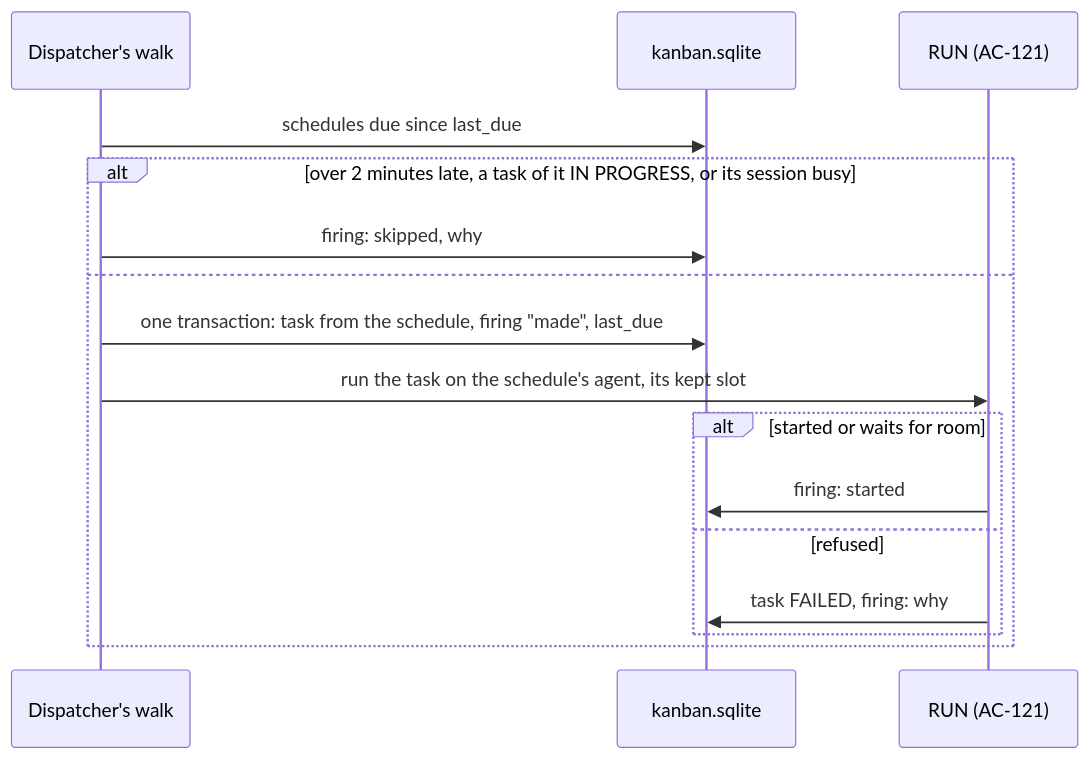
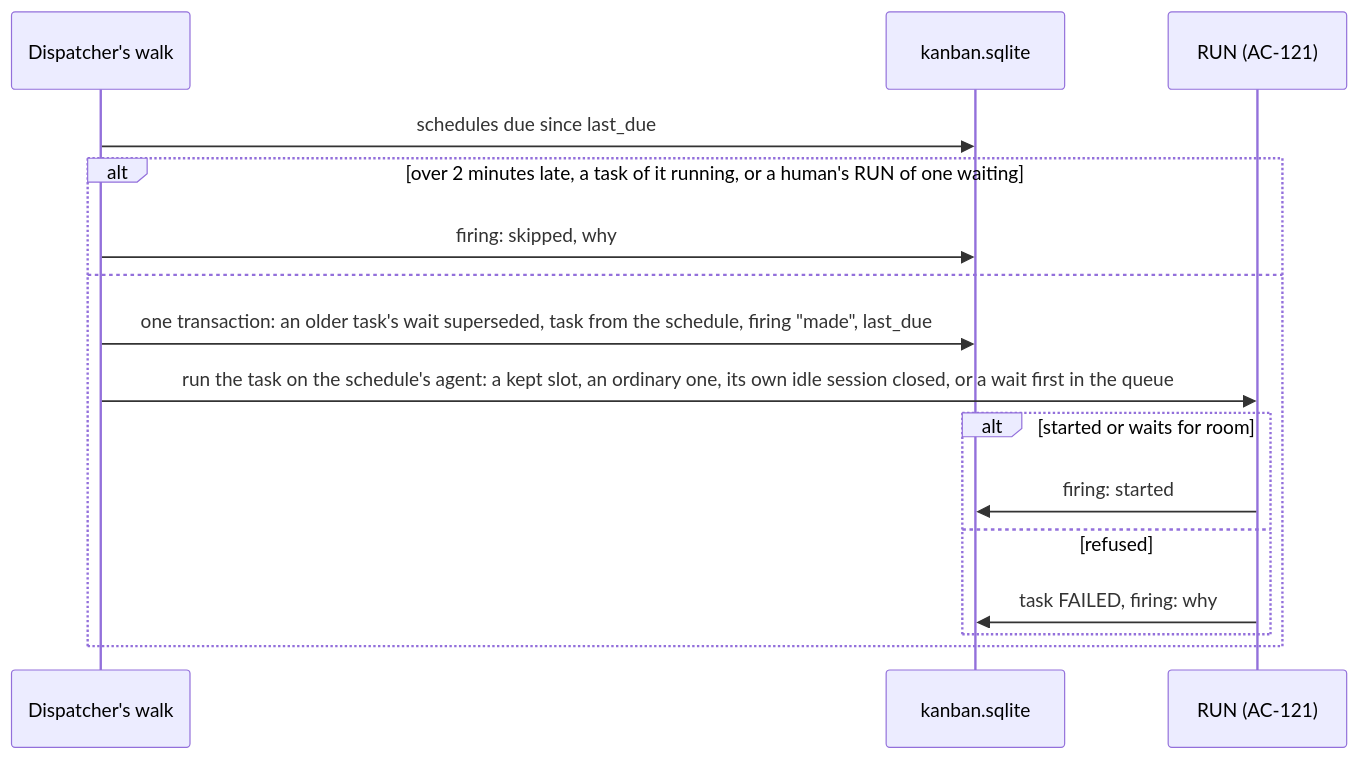
Before and after one commit to extractumio/terminum: the diagram in docs/specs/terminum-schedules.md, drawn with Mermaid. The commit also changed other lines of this file and 3 other files, not shown here.

First line of the commit message:
Specs: schedules keep ceil(N/2) shared slots, wait ahead, a newer run supersedes a wait (TERM-574)

````diff
--- a/docs/specs/terminum-schedules.md
+++ b/docs/specs/terminum-schedules.md
@@ -359,18 +427,18 @@
 ```mermaid
 sequenceDiagram
   participant W as Dispatcher's walk
   participant DB as kanban.sqlite
   participant R as RUN (AC-121)
   W->>DB: schedules due since last_due
-  alt over 2 minutes late, a task of it IN PROGRESS, or its session busy
+  alt over 2 minutes late, a task of it running, or a human's RUN of one waiting
     W->>DB: firing: skipped, why
   else
-    W->>DB: one transaction: task from the schedule, firing "made", last_due
-    W->>R: run the task on the schedule's agent, its kept slot
+    W->>DB: one transaction: an older task's wait superseded, task from the schedule, firing "made", last_due
+    W->>R: run the task on the schedule's agent: a kept slot, an ordinary one, its own idle session closed, or a wait first in the queue
     alt started or waits for room
       R->>DB: firing: started
     else refused
       R->>DB: task FAILED, firing: why
     end
   end
 ```
````
